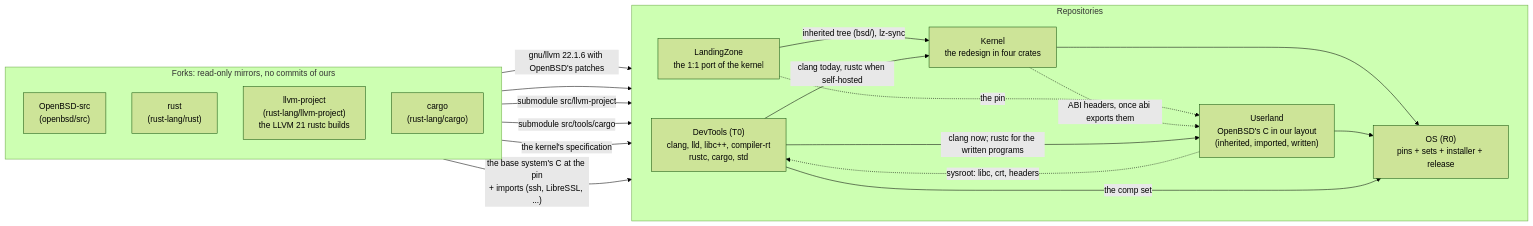
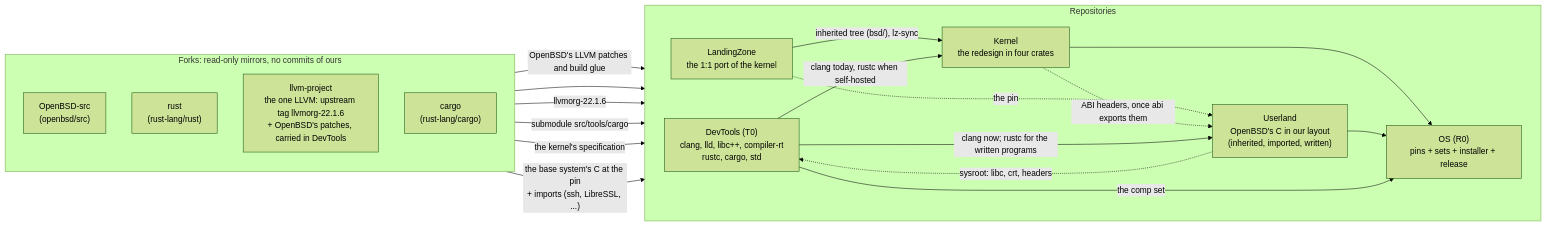
One commit to EmiBSD/Governance changed the first of 3 diagrams in docs/architecture.md. Above: the diagram before and after it, drawn with Mermaid (forest theme). The commit also changed other lines of this file, not shown here.

Commit message:
docs: the architecture diagram and table follow G-0015
The llvm-project box is the one LLVM at upstream's llvmorg-22.1.6; OpenBSD-src
feeds DevTools its LLVM patches and build glue, not the LLVM; the two table rows
say the same. Left out of the previous commit by a failed edit.

````diff
--- a/docs/architecture.md
+++ b/docs/architecture.md
@@ -11,38 +11,38 @@
 ```mermaid
 flowchart LR
     subgraph forks["Forks: read-only mirrors, no commits of ours"]
         direction TB
         obsd["OpenBSD-src<br/>(openbsd/src)"]
         rust["rust<br/>(rust-lang/rust)"]
-        llvmrs["llvm-project<br/>(rust-lang/llvm-project)<br/>the LLVM 21 rustc builds"]
+        llvmrs["llvm-project<br/>the one LLVM: upstream tag llvmorg-22.1.6<br/>+ OpenBSD's patches, carried in DevTools"]
         cargo["cargo<br/>(rust-lang/cargo)"]
     end
 
     subgraph repos["Repositories"]
         direction LR
         dev["DevTools (T0)<br/>clang, lld, libc++, compiler-rt<br/>rustc, cargo, std"]
         lz["LandingZone<br/>the 1:1 port of the kernel"]
         ul["Userland<br/>OpenBSD's C in our layout<br/>(inherited, imported, written)"]
         k["Kernel<br/>the redesign in four crates"]
         os["OS (R0)<br/>pins + sets + installer + release"]
     end
 
-    obsd -- "gnu/llvm 22.1.6 with OpenBSD's patches" --> dev
+    obsd -- "OpenBSD's LLVM patches and build glue" --> dev
     rust --> dev
-    llvmrs -- "submodule src/llvm-project" --> dev
+    llvmrs -- "llvmorg-22.1.6" --> dev
     cargo -- "submodule src/tools/cargo" --> dev
 
     obsd -- "the kernel's specification" --> lz
     obsd -- "the base system's C at the pin<br/>+ imports (ssh, LibreSSL, ...)" --> ul
     lz -- "inherited tree (bsd/), lz-sync" --> k
     lz -. "the pin" .-> ul
     k -. "ABI headers, once abi exports them" .-> ul
 
     dev -- "clang now; rustc for the written programs" --> ul
     dev -- "clang today, rustc when self-hosted" --> k
     ul -. "sysroot: libc, crt, headers" .-> dev
 
     k --> os
     ul --> os
     dev -- "the comp set" --> os
 ```
````
